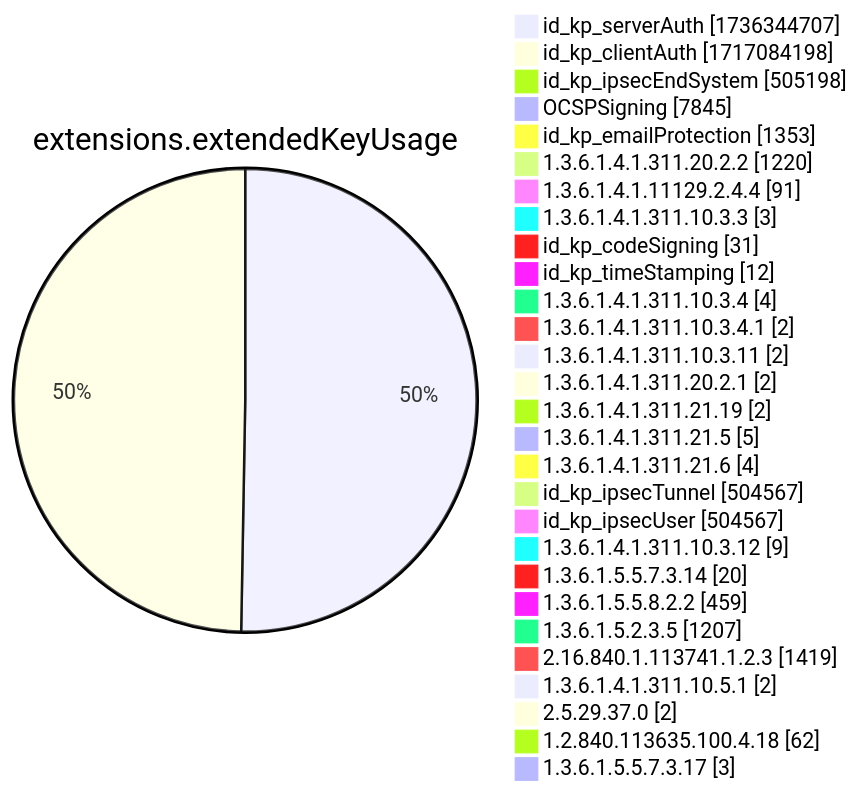
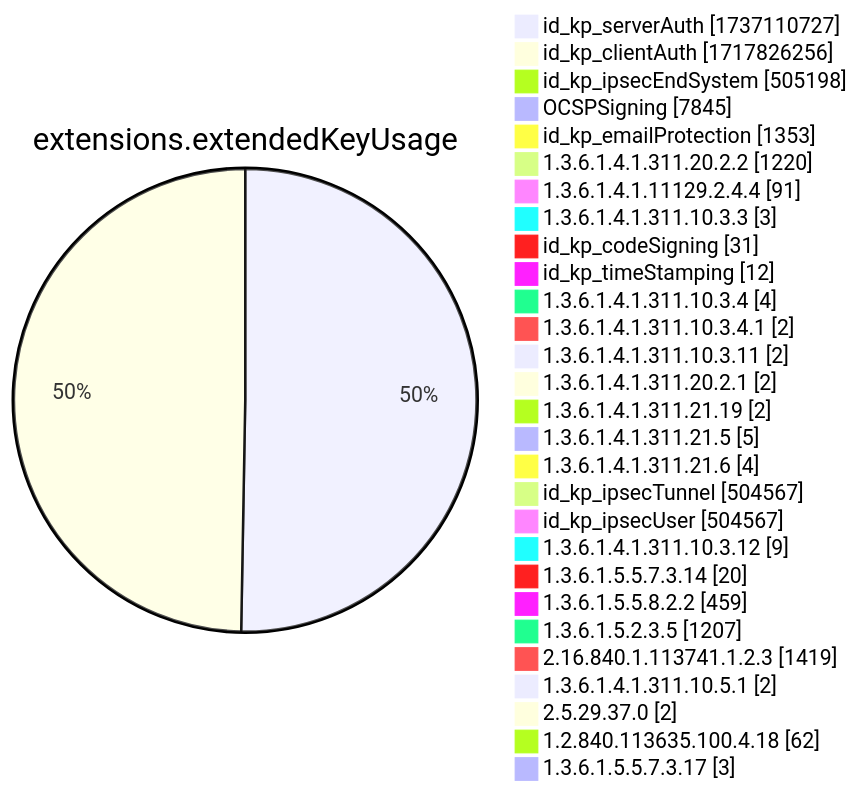
One commit to christiankrug/ctmonitor_visualization changed diagram 12 of 15 in xenon2022/README.md. Above: the diagram before and after it, drawn with Mermaid. The commit also changed other lines of this file, not shown here.

````diff
--- a/xenon2022/README.md
+++ b/xenon2022/README.md
@@ -3892,32 +3892,32 @@
 ```mermaid
 pie showData
 title extensions.extendedKeyUsage
-"id_kp_serverAuth" :1736344707
-"id_kp_clientAuth" :1717084198
+"id_kp_serverAuth" :1737110727
+"id_kp_clientAuth" :1717826256
 "id_kp_ipsecEndSystem" :505198
 "OCSPSigning" :7845
 "id_kp_emailProtection" :1353
 "1.3.6.1.4.1.311.20.2.2" :1220
 "1.3.6.1.4.1.11129.2.4.4" :91
 "1.3.6.1.4.1.311.10.3.3" :3
 "id_kp_codeSigning" :31
 "id_kp_timeStamping" :12
 "1.3.6.1.4.1.311.10.3.4" :4
 "1.3.6.1.4.1.311.10.3.4.1" :2
 "1.3.6.1.4.1.311.10.3.11" :2
 "1.3.6.1.4.1.311.20.2.1" :2
 "1.3.6.1.4.1.311.21.19" :2
 "1.3.6.1.4.1.311.21.5" :5
 "1.3.6.1.4.1.311.21.6" :4
 "id_kp_ipsecTunnel" :504567
 "id_kp_ipsecUser" :504567
 "1.3.6.1.4.1.311.10.3.12" :9
 "1.3.6.1.5.5.7.3.14" :20
 "1.3.6.1.5.5.8.2.2" :459
 "1.3.6.1.5.2.3.5" :1207
 "2.16.840.1.113741.1.2.3" :1419
 "1.3.6.1.4.1.311.10.5.1" :2
 "2.5.29.37.0" :2
 "1.2.840.113635.100.4.18" :62
 "1.3.6.1.5.5.7.3.17" :3
 ```
````
